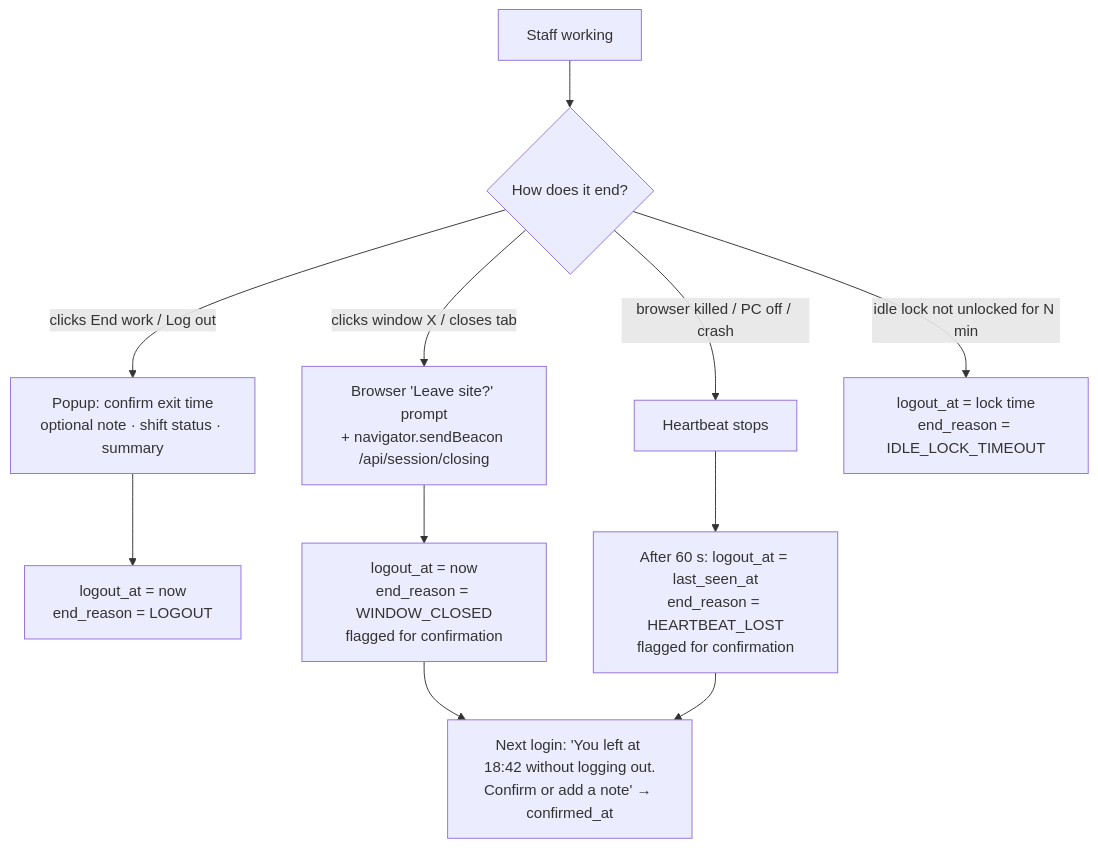
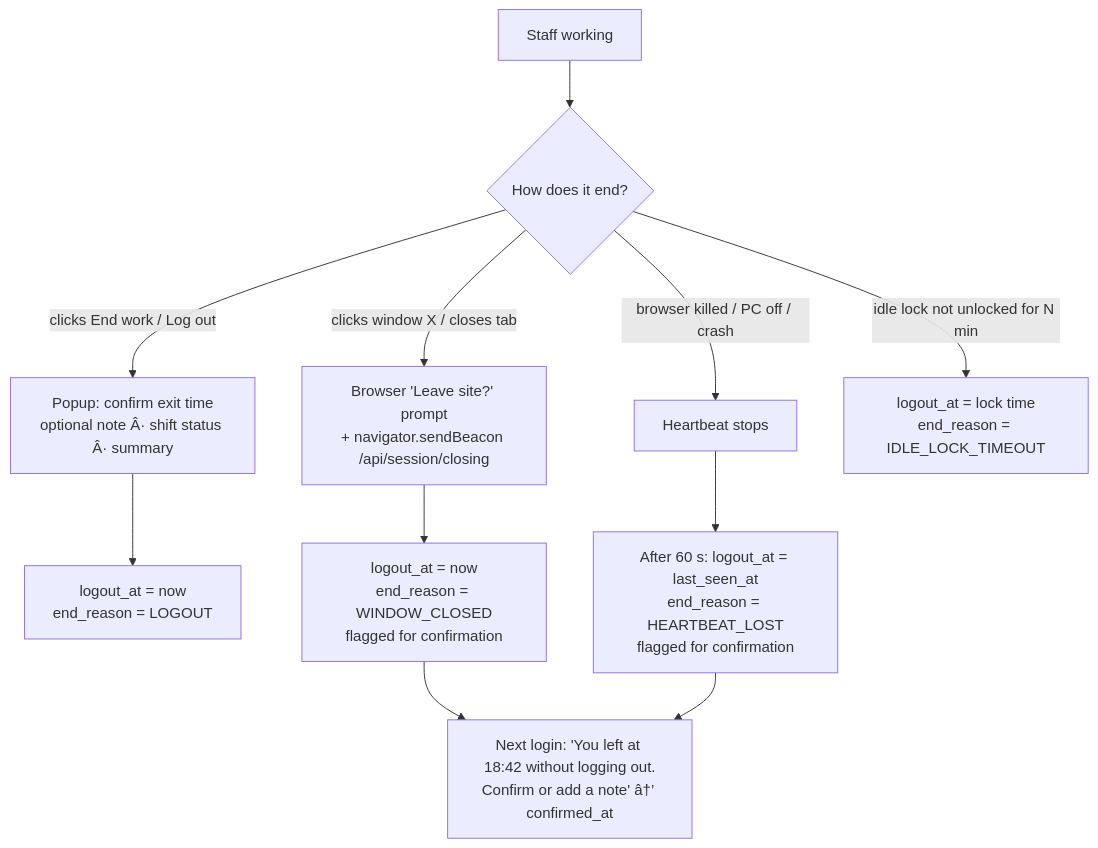
One commit to awsudemy01-stack/vaishnavi-stock-management changed the third of 4 diagrams in docs/05-billing-and-anti-theft.md. Above: the diagram before and after it, drawn with Mermaid. The commit also changed other lines of this file, not shown here.

````diff
--- a/docs/05-billing-and-anti-theft.md
+++ b/docs/05-billing-and-anti-theft.md
@@ -252,9 +265,9 @@
 ```mermaid
 flowchart TD
   A[Staff working] --> B{How does it end?}
-  B -- clicks End work / Log out --> C[Popup: confirm exit time<br/>optional note · shift status · summary] --> D[logout_at = now<br/>end_reason = LOGOUT]
+  B -- clicks End work / Log out --> C[Popup: confirm exit time<br/>optional note Â· shift status Â· summary] --> D[logout_at = now<br/>end_reason = LOGOUT]
   B -- clicks window X / closes tab --> E[Browser 'Leave site?' prompt<br/>+ navigator.sendBeacon /api/session/closing] --> F[logout_at = now<br/>end_reason = WINDOW_CLOSED<br/>flagged for confirmation]
   B -- browser killed / PC off / crash --> G[Heartbeat stops] --> H[After 60 s: logout_at = last_seen_at<br/>end_reason = HEARTBEAT_LOST<br/>flagged for confirmation]
   B -- idle lock not unlocked for N min --> I[logout_at = lock time<br/>end_reason = IDLE_LOCK_TIMEOUT]
-  F & H --> J[Next login: 'You left at 18:42 without logging out.<br/>Confirm or add a note' → confirmed_at]
+  F & H --> J[Next login: 'You left at 18:42 without logging out.<br/>Confirm or add a note' â†’ confirmed_at]
 ```
````
